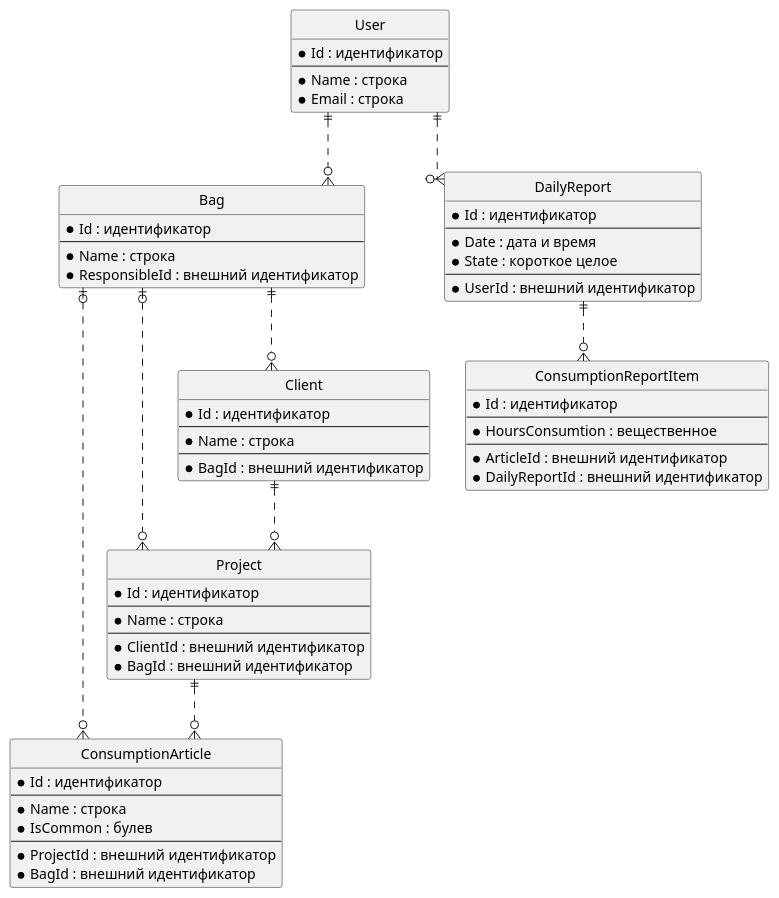
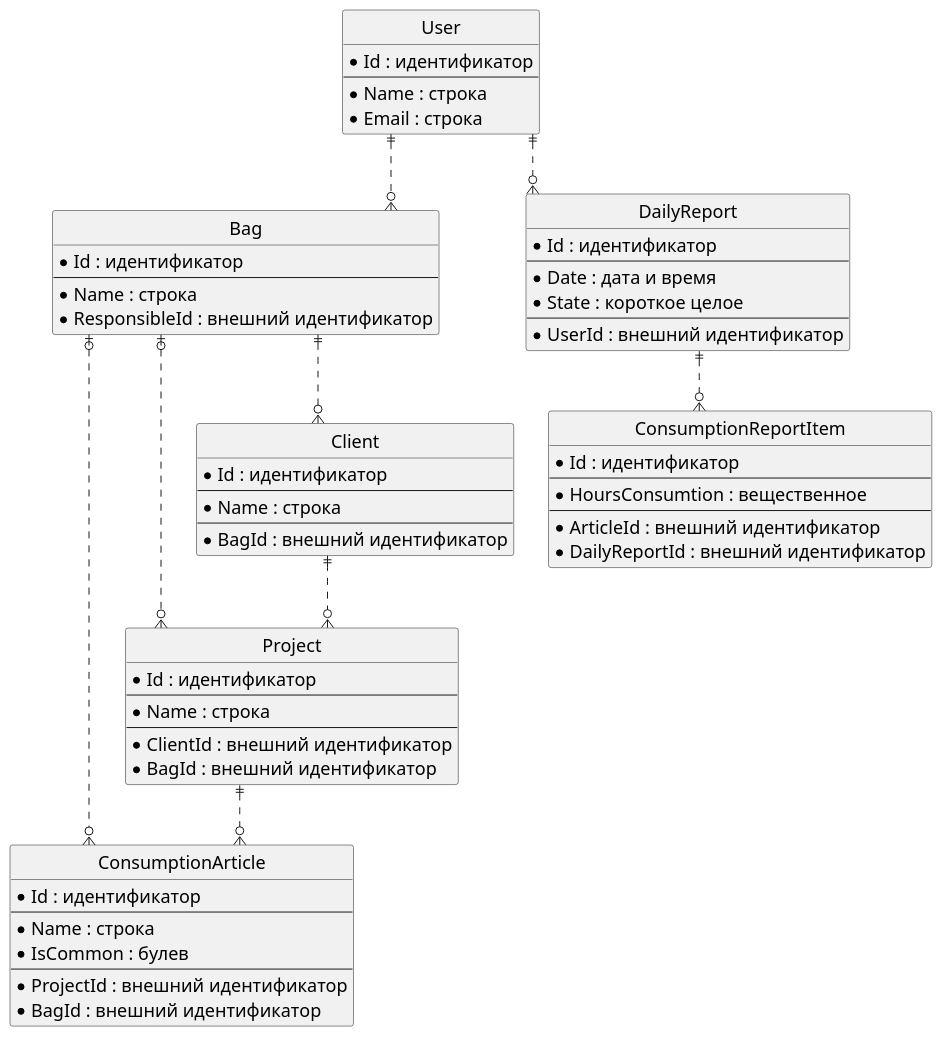
The diagram in uml/ER.puml (APTSquad/aptracker-docs), drawn with PlantUML before and after one commit. The commit also changed 5 other files, not shown here.

Commit message:
Diagrams

```diff
--- a/uml/ER.puml
+++ b/uml/ER.puml
@@ -1,81 +1,82 @@
-@startuml APTracker ER
+@startuml APTracker.ER
+skinparam DefaultFontSize 18
 
 ' hide the spot
 hide circle
 
 ' avoid problems with angled crows feet
 skinparam linetype ortho
 
 entity "ConsumptionArticle" as Article {
   *Id : идентификатор
   --
   *Name : строка
   *IsCommon : булев
   --
   *ProjectId : внешний идентификатор
   *BagId : внешний идентификатор
 }
 
 entity "Project" as Project {
   *Id : идентификатор
   --
   *Name : строка
   --
   *ClientId : внешний идентификатор
   *BagId : внешний идентификатор
 }
 
 entity "Client" as Client {
   *Id : идентификатор
   --
   *Name : строка
   --
   *BagId : внешний идентификатор
 }
 
 entity "Bag" as Bag {
   *Id : идентификатор
   --
   *Name : строка
   *ResponsibleId : внешний идентификатор
 }
 
 entity "User" as User {
   *Id : идентификатор
   --
   *Name : строка
   *Email : строка
 }
 
 entity "ConsumptionReportItem" as ConsumptionReportItem {
   *Id : идентификатор
   --
   *HoursConsumtion : вещественное
   --
   *ArticleId : внешний идентификатор
   *DailyReportId : внешний идентификатор
 }
 
 entity "DailyReport" as DailyReport {
   *Id : идентификатор
   --
   *Date : дата и время
   *State : короткое целое
   --
   *UserId : внешний идентификатор
 }
 
 
 User ||..o{ DailyReport
 User ||..o{ Bag
 Client ||..o{ Project
 Project ||..o{ Article
 
 Bag |o..o{ Project
 Bag |o..o{ Article
 Bag ||..o{ Client
 
 DailyReport ||..o{ ConsumptionReportItem
 
 
 @enduml
```
